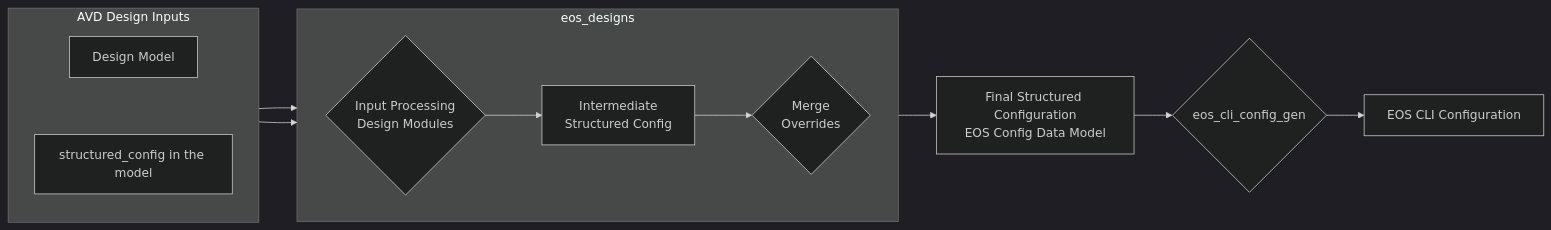
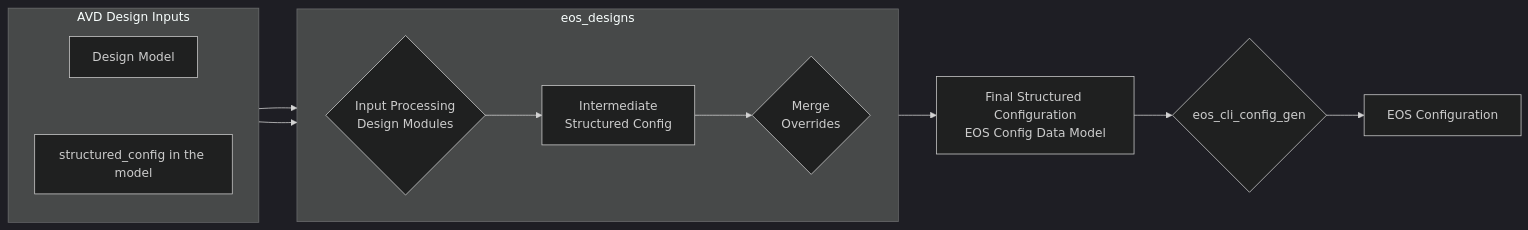
The fifth of 8 diagrams in docs/getting-started/ansible-usage-patterns.md (aristanetworks/avd), drawn with Mermaid (dark theme) before and after one commit. The commit also changed other lines of this file, not shown here.

````diff
--- a/docs/getting-started/ansible-usage-patterns.md
+++ b/docs/getting-started/ansible-usage-patterns.md
@@ -137,22 +136,22 @@
 ```mermaid
 graph LR
     A1 --> B1
     A2 --> B4
     B4 --> C[Final Structured Configuration<br/>EOS Config Data Model]
     C --> D{eos_cli_config_gen}
-    D --> E[EOS CLI Configuration]
+    D --> E[EOS Configuration]
 
     subgraph A[AVD Design Inputs]
         direction TB
         A1[Design Model]
         A2[structured_config in the model]
         %% This forces A1 above A2 without a visible line
         A1 ~~~ A2
     end
 
     subgraph B[eos_designs]
         direction LR
         B1{Input Processing<br/>Design Modules} --> B2[Intermediate<br/>Structured Config]
         B2 --> B4{Merge<br/>Overrides}
     end
 ```
````
